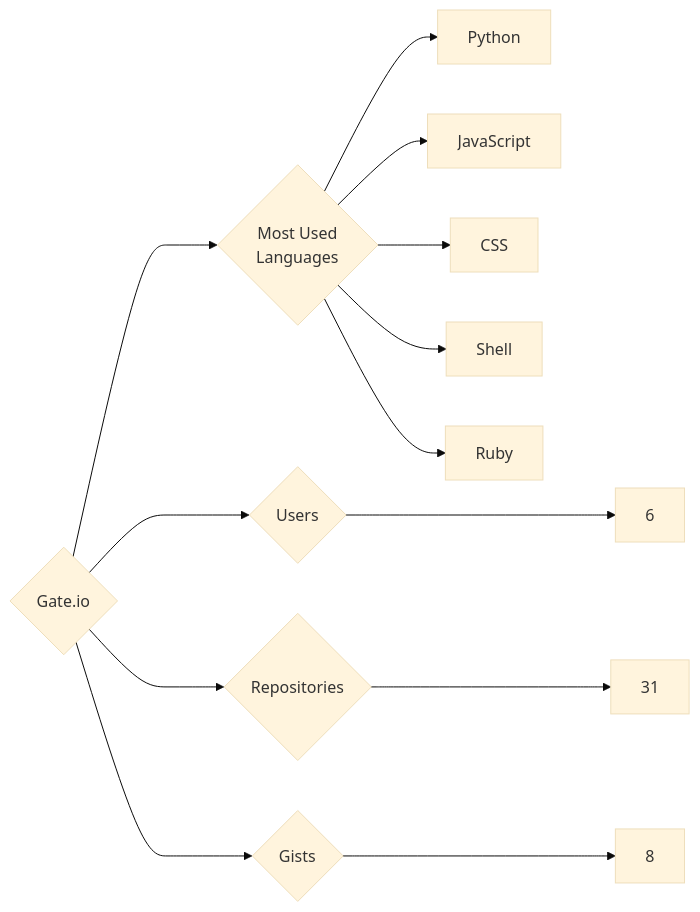
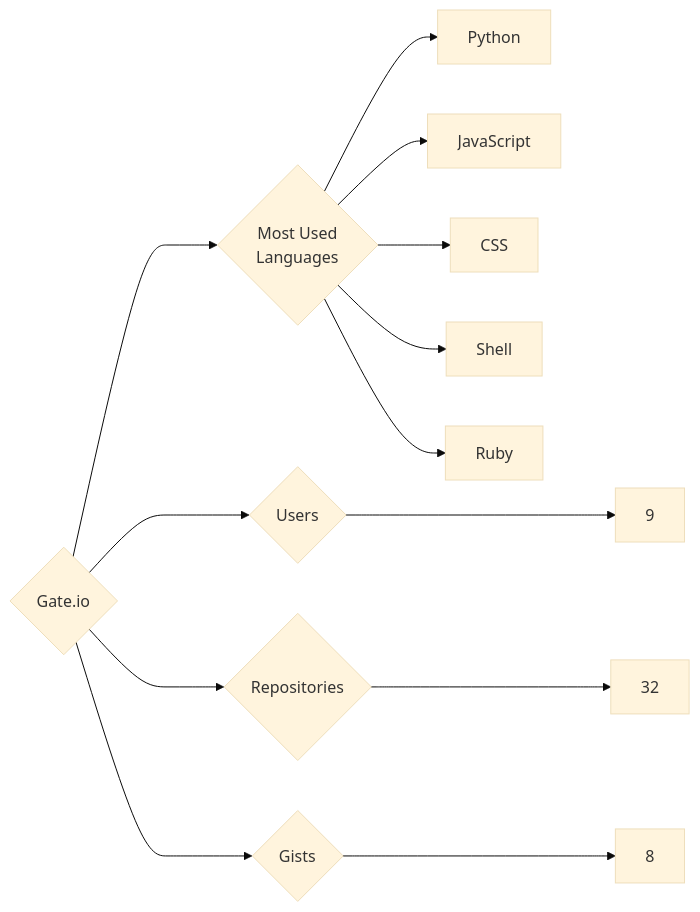
The diagram in targets/Gate.io/README.md (trickest/insiders), drawn with Mermaid (base theme) before and after one commit. The commit also changed 942 other files, not shown here.

````diff
--- a/targets/Gate.io/README.md
+++ b/targets/Gate.io/README.md
@@ -3,13 +3,13 @@
 ```mermaid
 graph LR
 COMPANY_NAME{Gate.io}
-COMPANY_NAME ---> U{Users} ---> UN[6]
-COMPANY_NAME ---> R{Repositories} ---> RN[31]
+COMPANY_NAME ---> U{Users} ---> UN[9]
+COMPANY_NAME ---> R{Repositories} ---> RN[32]
 COMPANY_NAME ---> G{Gists} ---> GN[8]
 COMPANY_NAME ---> ML{Most Used<br>Languages}
 ML --> Python[Python]
 ML --> JavaScript[JavaScript]
 ML --> CSS[CSS]
 ML --> Shell[Shell]
 ML --> Ruby[Ruby]
 ```
````
